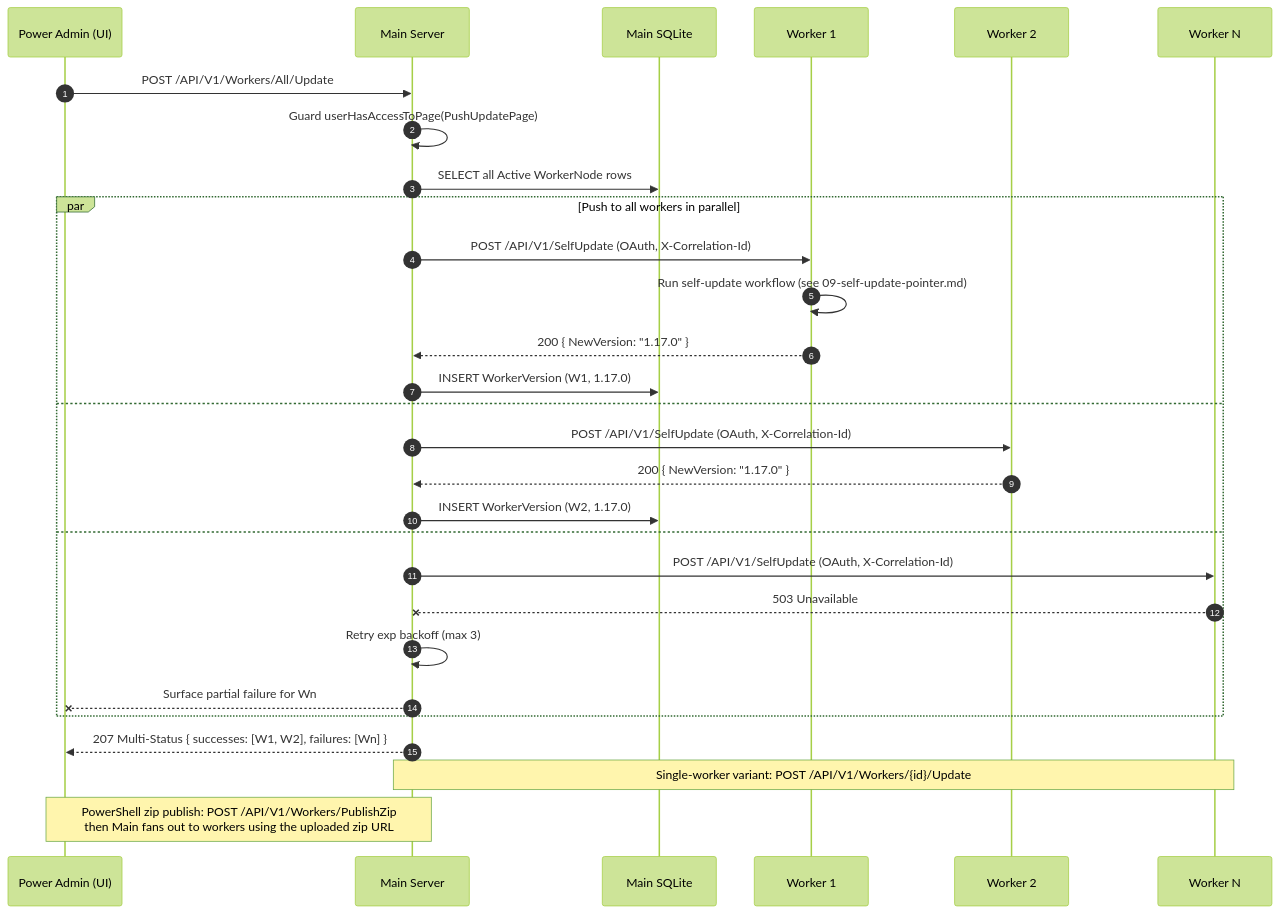
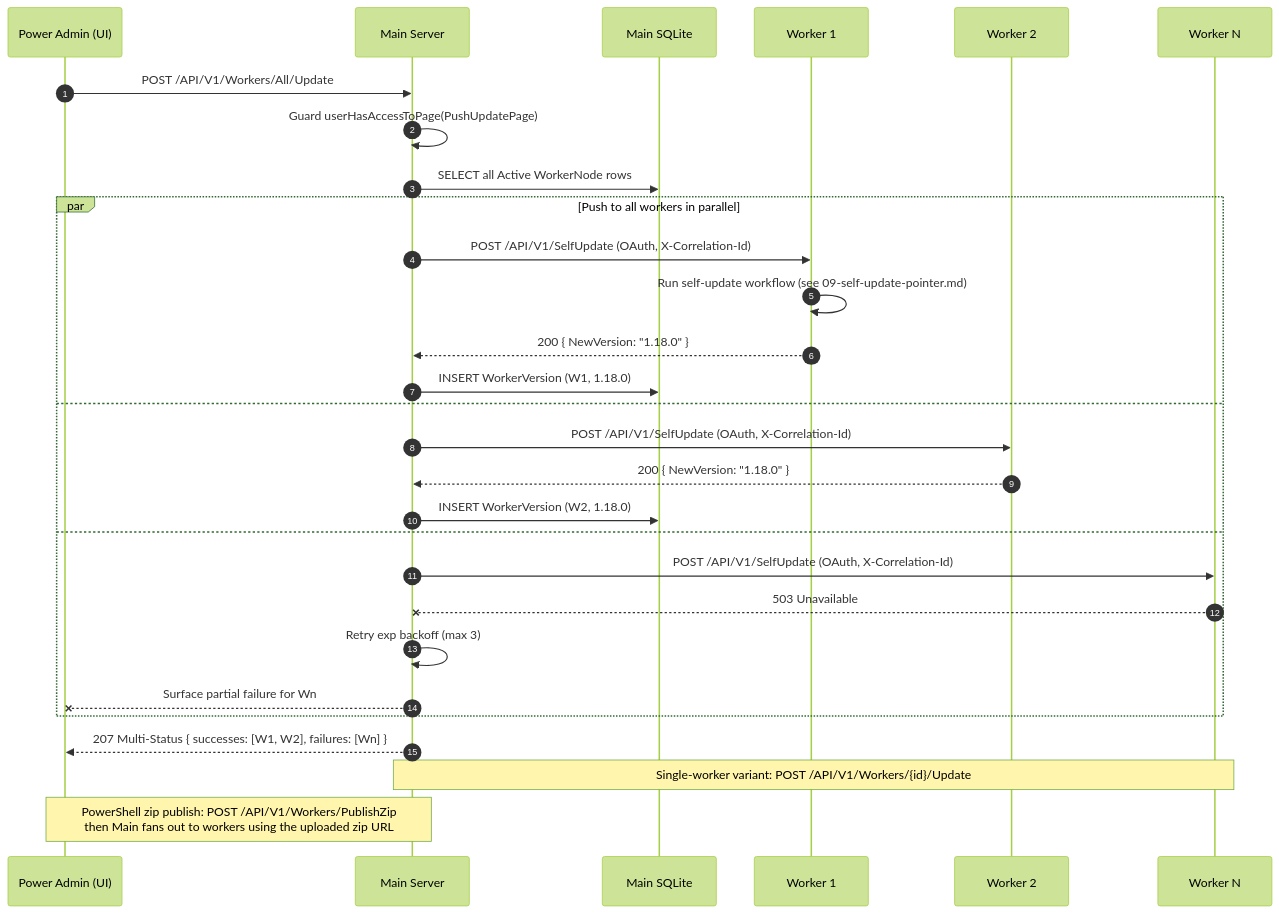
The diagram in spec/19-main-worker-service/diagrams/seq-push-update.mmd (alimtvnetwork/prompt-architect-v2), drawn with Mermaid (forest theme) before and after one commit. The commit also changed 19 other files, not shown here.

```diff
--- a/spec/19-main-worker-service/diagrams/seq-push-update.mmd
+++ b/spec/19-main-worker-service/diagrams/seq-push-update.mmd
@@ -1,43 +1,43 @@
 %% ==========================================================
 %% NON-AUTHORITATIVE PROJECTION
 %% ==========================================================
 %% Subject:        Power-Admin push-update fan-out
 %% Authoritative:  spec/14-update/28-worker-push-instruction.md + spec/19/15-tunable-constants.md
 %% Status:         Illustrative only. If this diagram disagrees
 %%                 with the authoritative spec(s) above, the
 %%                 spec wins and this file is the bug.
 %% Banner version: 1.0.0 (2026-05-04, audit fix #9)
 %% ==========================================================
 sequenceDiagram
     autonumber
     participant Admin as Power Admin (UI)
     participant Main as Main Server
     participant DB as Main SQLite
     participant W1 as Worker 1
     participant W2 as Worker 2
     participant Wn as Worker N
 
     Admin->>Main: POST /API/V1/Workers/All/Update
     Main->>Main: Guard userHasAccessToPage(PushUpdatePage)
     Main->>DB: SELECT all Active WorkerNode rows
 
     par Push to all workers in parallel
         Main->>W1: POST /API/V1/SelfUpdate (OAuth, X-Correlation-Id)
         W1->>W1: Run self-update workflow (see 09-self-update-pointer.md)
-        W1-->>Main: 200 { NewVersion: "1.17.0" }
-        Main->>DB: INSERT WorkerVersion (W1, 1.17.0)
+        W1-->>Main: 200 { NewVersion: "1.18.0" }
+        Main->>DB: INSERT WorkerVersion (W1, 1.18.0)
     and
         Main->>W2: POST /API/V1/SelfUpdate (OAuth, X-Correlation-Id)
-        W2-->>Main: 200 { NewVersion: "1.17.0" }
-        Main->>DB: INSERT WorkerVersion (W2, 1.17.0)
+        W2-->>Main: 200 { NewVersion: "1.18.0" }
+        Main->>DB: INSERT WorkerVersion (W2, 1.18.0)
     and
         Main->>Wn: POST /API/V1/SelfUpdate (OAuth, X-Correlation-Id)
         Wn--xMain: 503 Unavailable
         Main->>Main: Retry exp backoff (max 3)
         Main--xAdmin: Surface partial failure for Wn
     end
 
     Main-->>Admin: 207 Multi-Status { successes: [W1, W2], failures: [Wn] }
 
     Note over Main,Wn: Single-worker variant: POST /API/V1/Workers/{id}/Update
     Note over Admin,Main: PowerShell zip publish: POST /API/V1/Workers/PublishZip<br/>then Main fans out to workers using the uploaded zip URL
```
